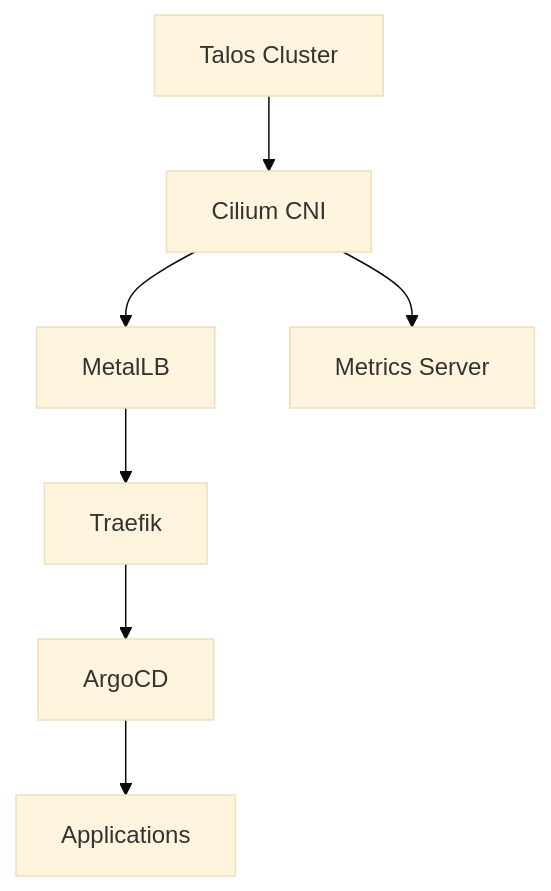
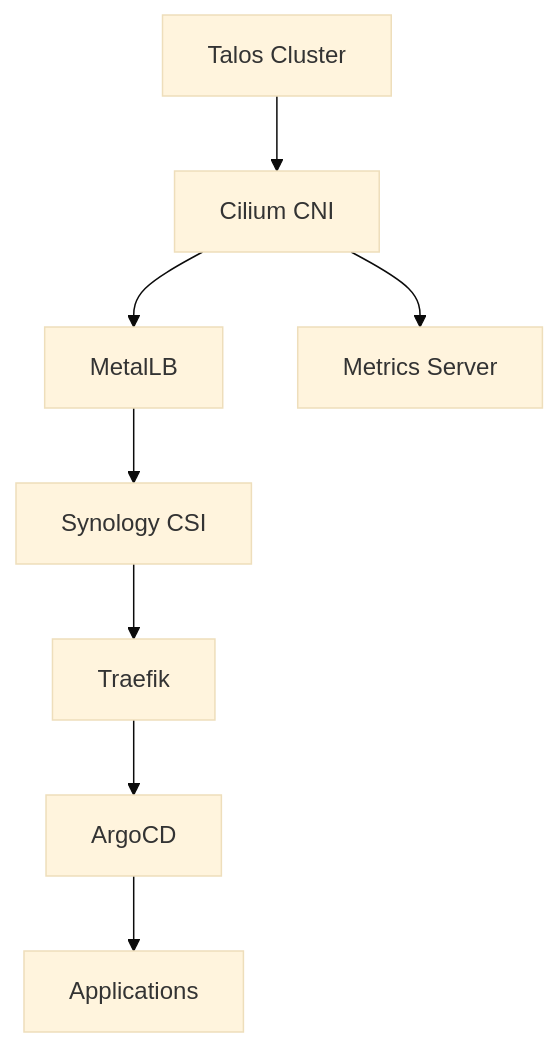
One commit to matjahs/omni-gitops changed the diagram in docs/platform-components.md. Above: the diagram before and after it, drawn with Mermaid (base theme). The commit also changed other lines of this file, not shown here.

Commit message:
fix: replace democratic-csi with synology driver

````diff
--- a/docs/platform-components.md
+++ b/docs/platform-components.md
@@ -278,9 +357,10 @@
 ```mermaid
 graph TD
     A[Talos Cluster] --> B[Cilium CNI]
     B --> C[MetalLB]
-    C --> D[Traefik]
-    D --> E[ArgoCD]
-    E --> F[Applications]
-    B --> G[Metrics Server]
+    C --> D[Synology CSI]
+    D --> E[Traefik]
+    E --> F[ArgoCD]
+    F --> G[Applications]
+    B --> H[Metrics Server]
 ```
````
